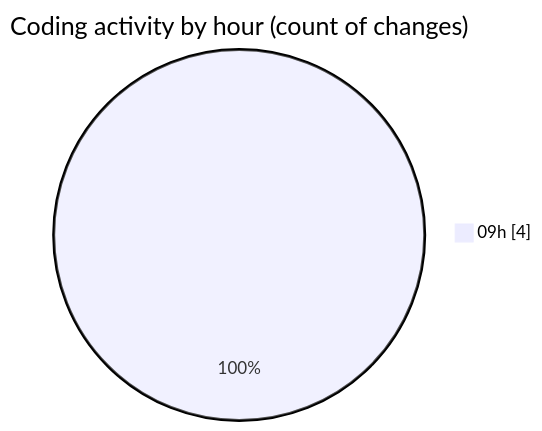
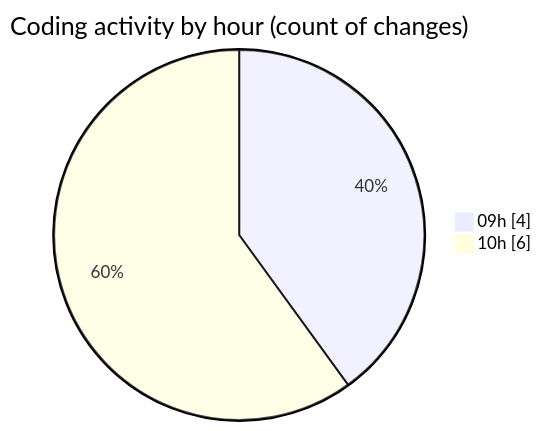
Before and after one commit to IJAZ3593/code-tracking: the second of 2 diagrams in 2025-09-14/new_folder/README.md, drawn with Mermaid. The commit also changed other lines of this file and 2 other files, not shown here.

````diff
--- a/2025-09-14/new_folder/README.md
+++ b/2025-09-14/new_folder/README.md
@@ -28,5 +30,6 @@
 ```mermaid
 pie showData
 title Coding activity by hour (count of changes)
 "09h" : 4
+"10h" : 6
 ```
````
